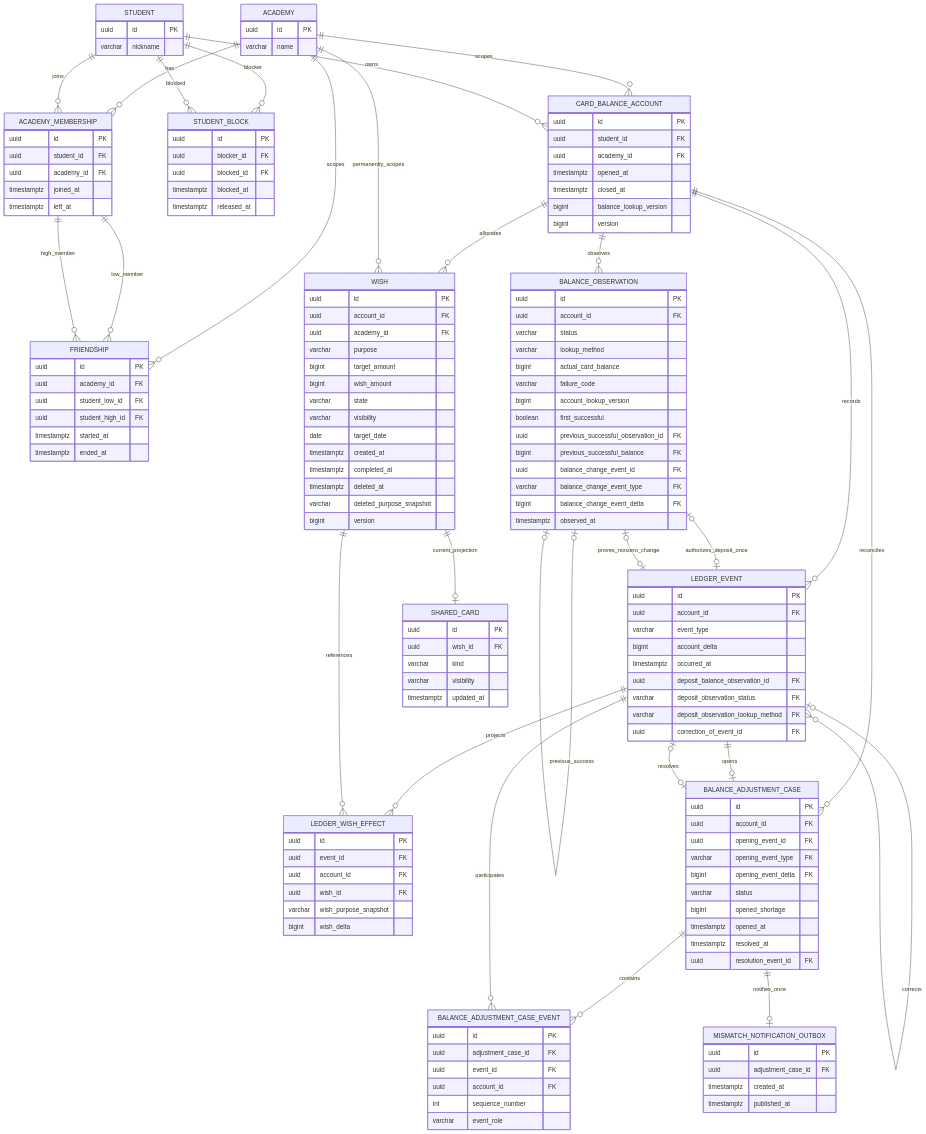
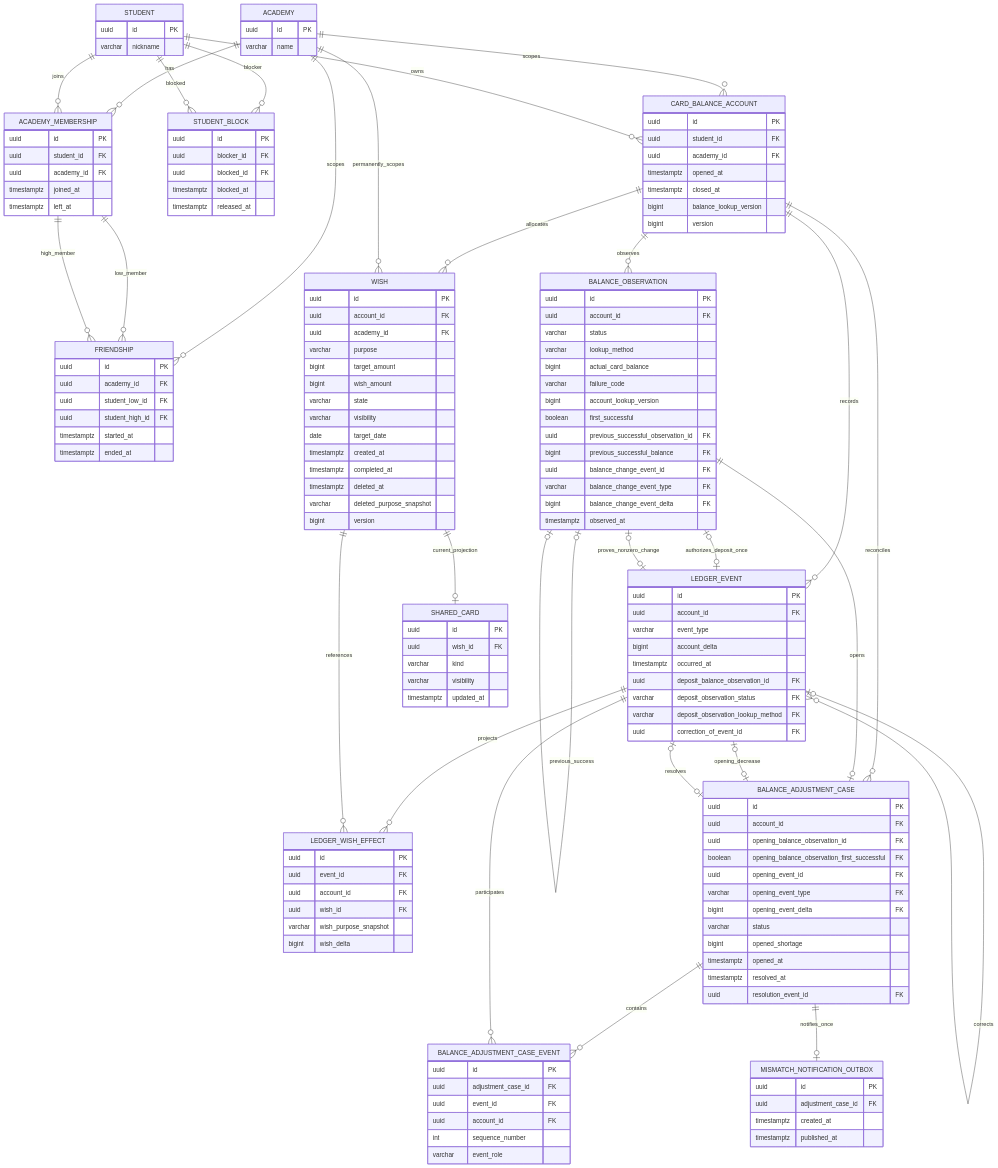
One commit to crabitteam2/crabit-backend changed the diagram in docs/wish/data-model-db-integrity.md. Above: the diagram before and after it, drawn with Mermaid. The commit also changed other lines of this file and 10 other files, not shown here.

Commit message:
Implement fix-first-balance-mismatch

```diff
--- a/docs/wish/data-model-db-integrity.md
+++ b/docs/wish/data-model-db-integrity.md
@@ -113,6 +113,8 @@
     BALANCE_ADJUSTMENT_CASE {
         uuid id PK
         uuid account_id FK
+        uuid opening_balance_observation_id FK
+        boolean opening_balance_observation_first_successful FK
         uuid opening_event_id FK
         varchar opening_event_type FK
         bigint opening_event_delta FK
@@ -164,7 +166,8 @@
     LEDGER_EVENT ||--o{ LEDGER_WISH_EFFECT : projects
     WISH ||--o{ LEDGER_WISH_EFFECT : references
     CARD_BALANCE_ACCOUNT ||--o{ BALANCE_ADJUSTMENT_CASE : reconciles
-    LEDGER_EVENT ||--o| BALANCE_ADJUSTMENT_CASE : opens
+    BALANCE_OBSERVATION ||--o| BALANCE_ADJUSTMENT_CASE : opens
+    LEDGER_EVENT o|--o| BALANCE_ADJUSTMENT_CASE : opening_decrease
     LEDGER_EVENT o|--o| BALANCE_ADJUSTMENT_CASE : resolves
     BALANCE_ADJUSTMENT_CASE ||--o{ BALANCE_ADJUSTMENT_CASE_EVENT : contains
     LEDGER_EVENT ||--o{ BALANCE_ADJUSTMENT_CASE_EVENT : participates
```
